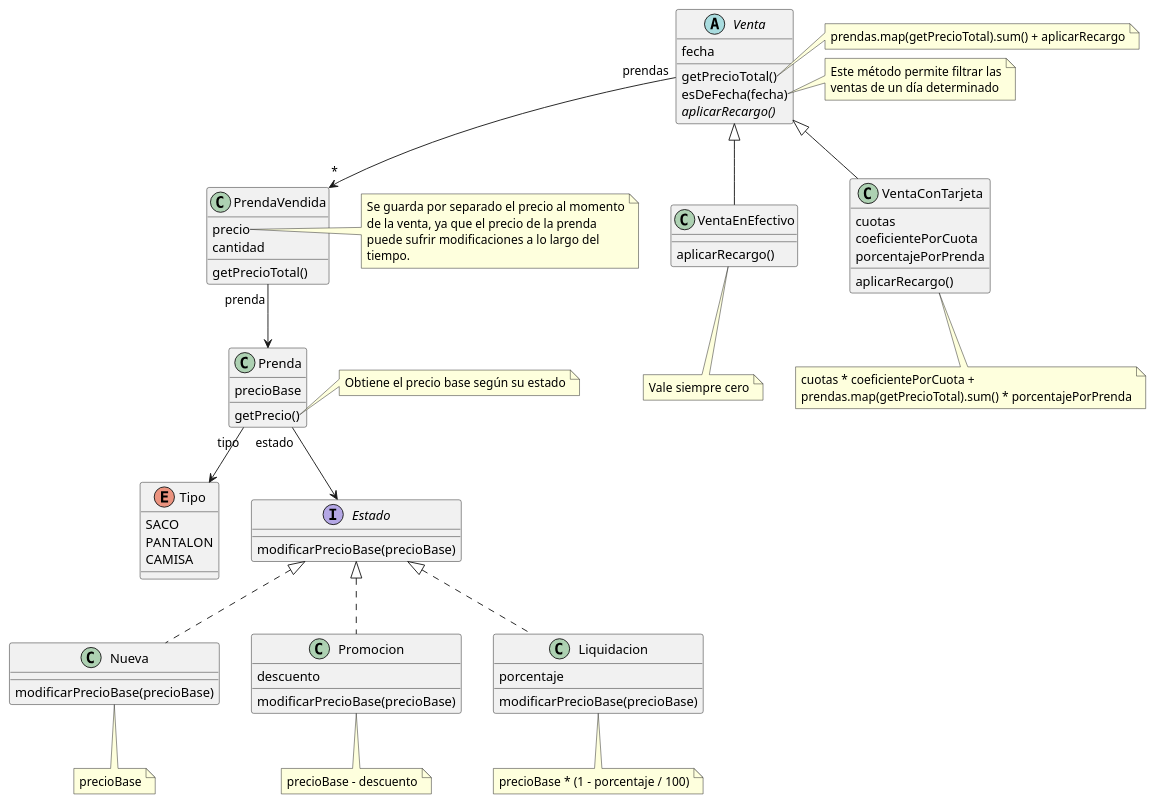
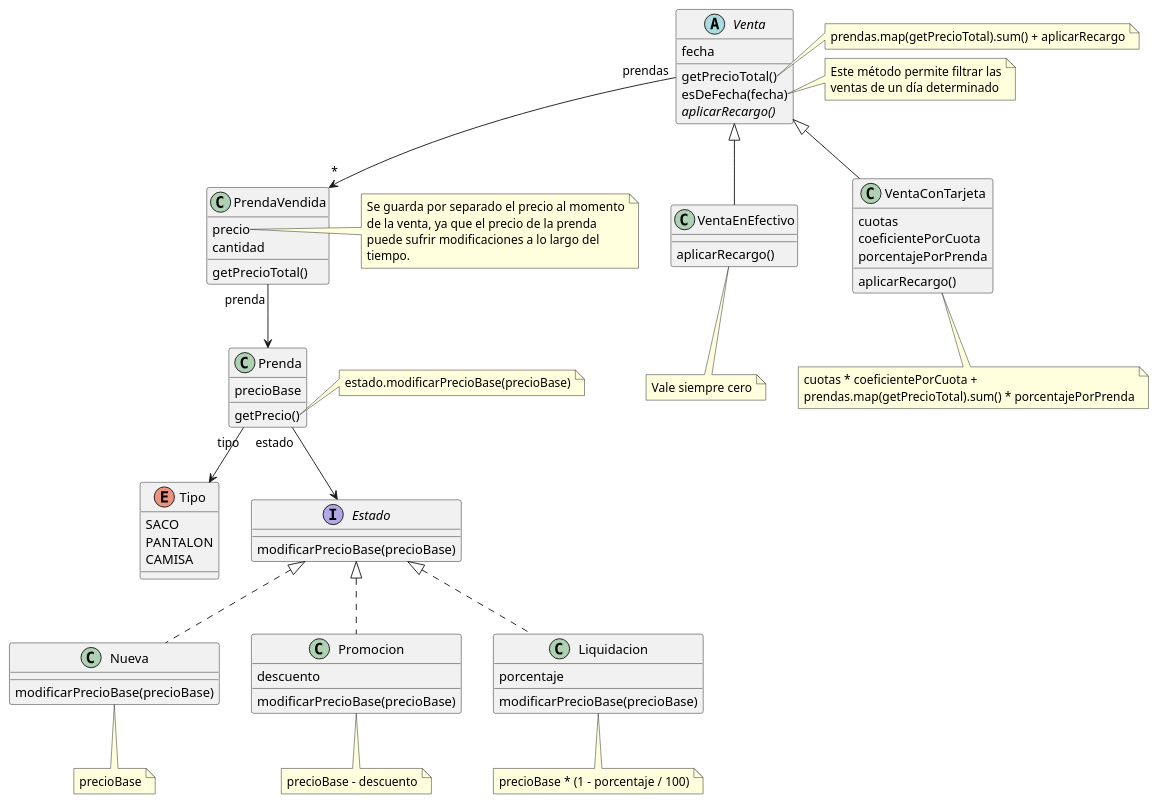
One commit to RaniAgus/dds-jv-2022-macowins changed the diagram in docs/diagram.puml. Above: the diagram before and after it, drawn with PlantUML.

```diff
--- a/docs/diagram.puml
+++ b/docs/diagram.puml
@@ -1,113 +1,113 @@
 @startuml
 abstract class Venta {
   fecha
   getPrecioTotal()
   esDeFecha(fecha)
   {abstract} aplicarRecargo()
 }
 
 Venta "prendas" --> "*" PrendaVendida
 
 note right of Venta::getPrecioTotal
   prendas.map(getPrecioTotal).sum() + aplicarRecargo
 end note
 
 note right of Venta::esDeFecha
   Este método permite filtrar las
   ventas de un día determinado
 end note
 
 class VentaEnEfectivo extends Venta {
   aplicarRecargo()
 }
 
 note as RecargoEfectivo
   Vale siempre cero
 end note
 
 VentaEnEfectivo .. RecargoEfectivo
 
 class VentaConTarjeta extends Venta {
   cuotas
   coeficientePorCuota
   porcentajePorPrenda
   aplicarRecargo()
 }
 
 note as RecargoTarjeta
   cuotas * coeficientePorCuota + 
   prendas.map(getPrecioTotal).sum() * porcentajePorPrenda
 end note
 
 VentaConTarjeta .. RecargoTarjeta
 
 class PrendaVendida {
   precio
   cantidad
   getPrecioTotal()
 }
 
 PrendaVendida "prenda" --> Prenda
 
 note right of PrendaVendida::precio
   Se guarda por separado el precio al momento
   de la venta, ya que el precio de la prenda
   puede sufrir modificaciones a lo largo del
   tiempo.
 end note
 
 class Prenda {
   precioBase
   getPrecio()
 }
 
 Prenda "tipo" --> Tipo
 Prenda "estado" --> Estado
 
 note right of Prenda::getPrecio
-Obtiene el precio base según su estado
+  estado.modificarPrecioBase(precioBase)
 end note
 
 enum Tipo {
   SACO
   PANTALON
   CAMISA
 }
 
 interface Estado {
   modificarPrecioBase(precioBase)
 }
 
 class Nueva implements Estado {
   modificarPrecioBase(precioBase)
 }
 
 note as NuevaCalculo
 precioBase
 end note
 
 Nueva .. NuevaCalculo
 
 class Promocion implements Estado {
   descuento
   modificarPrecioBase(precioBase)
 }
 
 note as PromocionCalculo
 precioBase - descuento
 end note
 
 Promocion .. PromocionCalculo
 
 class Liquidacion implements Estado {
   porcentaje
   modificarPrecioBase(precioBase)
 }
 
 note as LiquidacionCalculo
 precioBase * (1 - porcentaje / 100)
 end note
 
 Liquidacion .. LiquidacionCalculo
 
 @enduml
```
